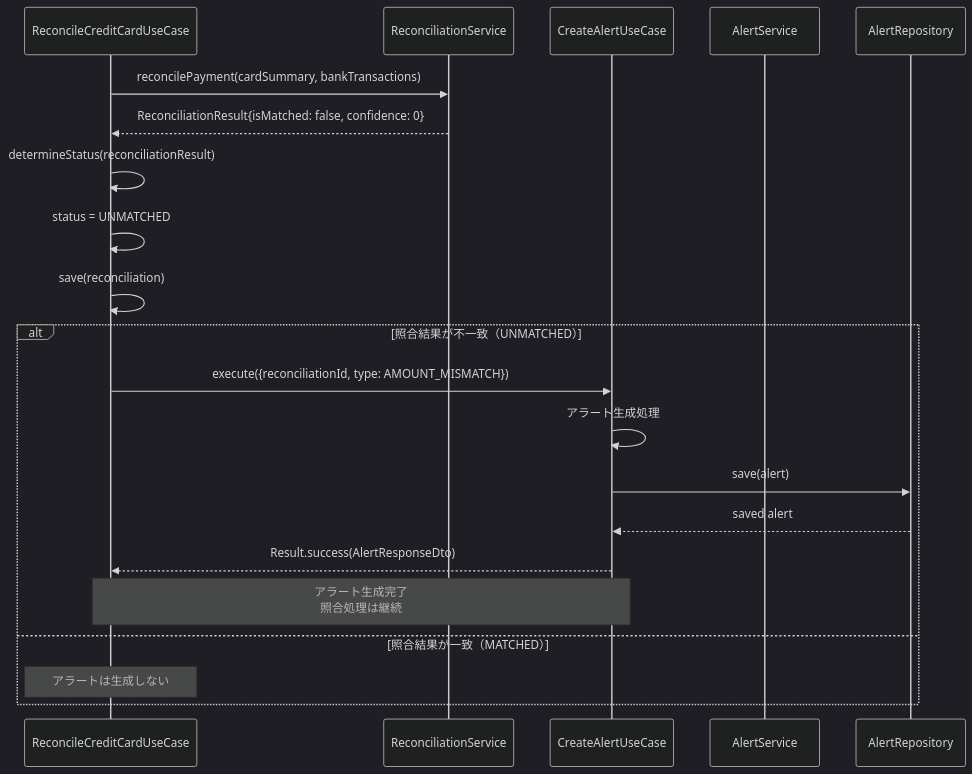
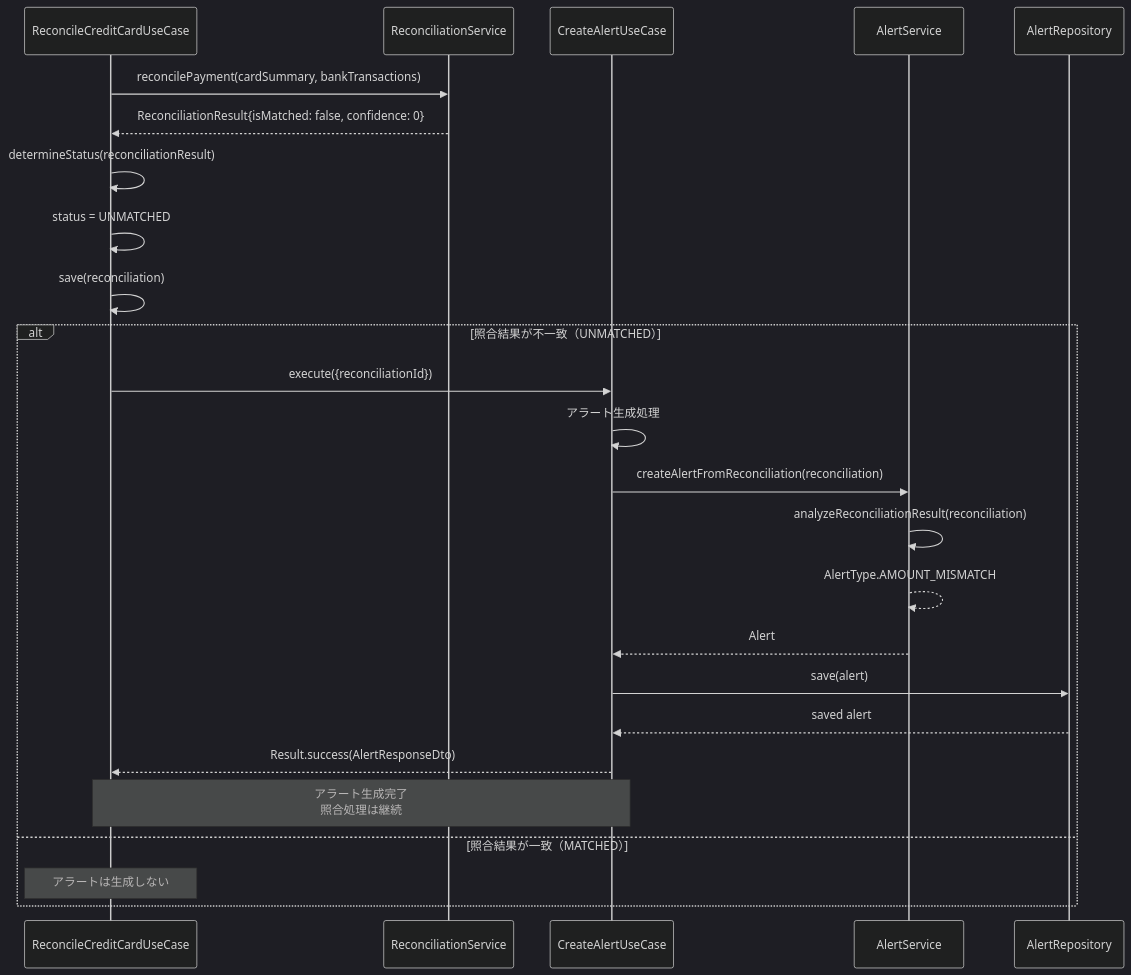
One commit to kencom2400/account-book changed the eighth of 8 diagrams in docs/detailed-design/FR-015_inconsistency-alert/sequence-diagrams.md. Above: the diagram before and after it, drawn with Mermaid (dark theme). The commit also changed 1 other file, not shown here.

Commit message:
docs: Geminiレビュー対応 - バリデーションルールとシーケンス図を修正
- input-output-design.md: CreateAlertRequestDtoのバリデーションルールからtypeフィールドを削除
- sequence-diagrams.md: アラート生成タイミング詳細でtypeを渡さない形に修正

Issue: #36

````diff
--- a/docs/detailed-design/FR-015_inconsistency-alert/sequence-diagrams.md
+++ b/docs/detailed-design/FR-015_inconsistency-alert/sequence-diagrams.md
@@ -360,28 +360,32 @@
 ```mermaid
 sequenceDiagram
     participant RC as ReconcileCreditCardUseCase
     participant RS as ReconciliationService
     participant CA as CreateAlertUseCase
     participant AS as AlertService
     participant AR as AlertRepository
 
     RC->>RS: reconcilePayment(cardSummary, bankTransactions)
     RS-->>RC: ReconciliationResult{isMatched: false, confidence: 0}
 
     RC->>RC: determineStatus(reconciliationResult)
     RC->>RC: status = UNMATCHED
 
     RC->>RC: save(reconciliation)
 
     alt 照合結果が不一致（UNMATCHED）
-        RC->>CA: execute({reconciliationId, type: AMOUNT_MISMATCH})
+        RC->>CA: execute({reconciliationId})
         CA->>CA: アラート生成処理
+        CA->>AS: createAlertFromReconciliation(reconciliation)
+        AS->>AS: analyzeReconciliationResult(reconciliation)
+        AS-->>AS: AlertType.AMOUNT_MISMATCH
+        AS-->>CA: Alert
         CA->>AR: save(alert)
         AR-->>CA: saved alert
         CA-->>RC: Result.success(AlertResponseDto)
 
         Note over RC,CA: アラート生成完了<br/>照合処理は継続
     else 照合結果が一致（MATCHED）
         Note over RC: アラートは生成しない
     end
 ```
````
